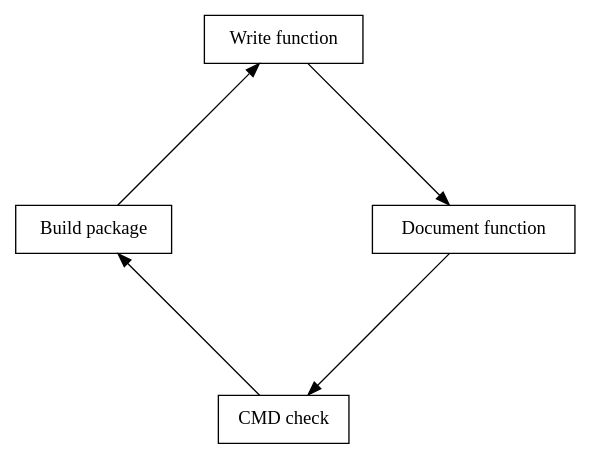
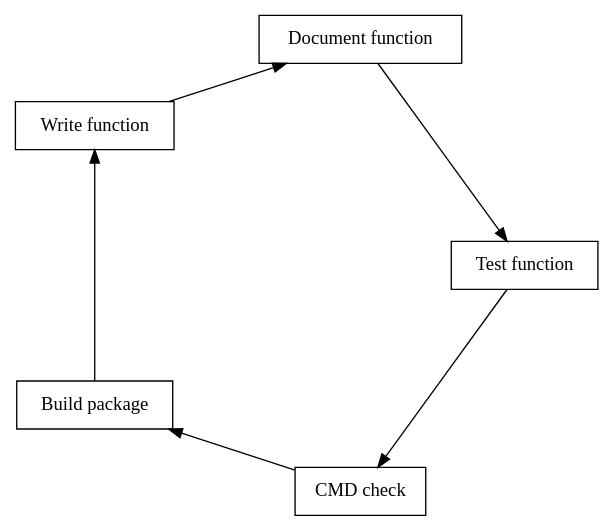
Before and after one commit to jfeldhege/peergroup_workshop: the diagram in reproducible_01.qmd, drawn with Graphviz. The commit also changed other lines of this file, not shown here.

````diff
--- a/reproducible_01.qmd
+++ b/reproducible_01.qmd
@@ -122,17 +134,19 @@
 ```{dot}
 //| echo: false
 digraph g1 {
 layout="circo";
 node [shape = rectangle];
 
 A [label = "CMD check"]
 B [label = "Build package"] 
 C [label = "Write function"]  
 D [label = "Document function"]
+E [label = "Test function"]
 
 A -> B ;
 B -> C ;
 C -> D ;
-D -> A ;
+D -> E ;
+E -> A ;
 }
 ```
````
